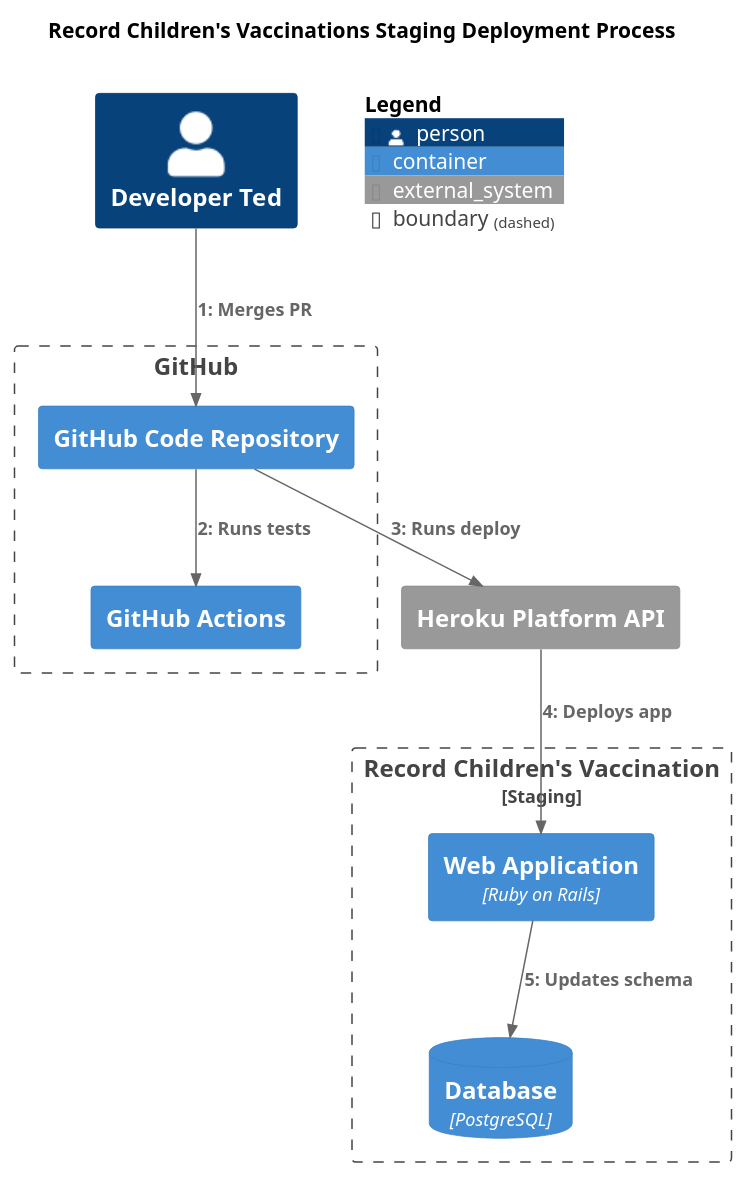
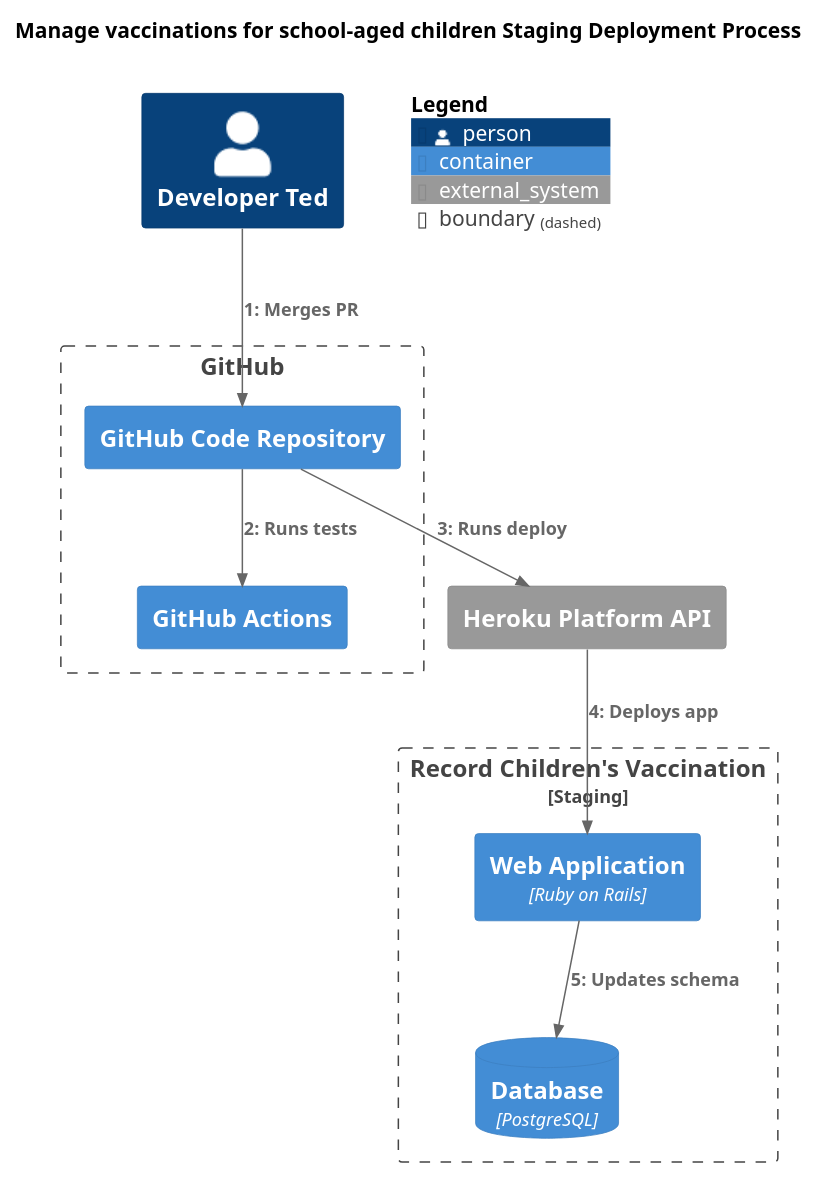
Before and after one commit to nhsuk/manage-vaccinations-in-schools: the diagram in docs/diagrams/staging-deployment-process.puml, drawn with PlantUML. The commit also changed 12 other files, not shown here.

Commit message:
Rename service to Manage vaccinations for school-aged children

```diff
--- a/docs/diagrams/staging-deployment-process.puml
+++ b/docs/diagrams/staging-deployment-process.puml
@@ -1,28 +1,28 @@
 @startuml
 
 !include <C4/C4_Dynamic.puml>
 
-title "Record Children's Vaccinations Staging Deployment Process"
+title "Manage vaccinations for school-aged children Staging Deployment Process"
 
 System_Ext(herokuAPI, "Heroku Platform API")
 Boundary(record, "Record Children's Vaccination", "Staging") {
   Container(serverStaging, "Web Application", "Ruby on Rails")
   ContainerDb(dbStaging, "Database", "PostgreSQL")
 }
 
 Person(devT, "Developer Ted")
 
 Boundary(github, "GitHub") {
     Container(repo, "GitHub Code Repository")
     Container(actions, "GitHub Actions")
 }
 
 Rel(devT, repo, "Merges PR")
 Rel(repo, actions, "Runs tests")
 Rel(repo, herokuAPI, "Runs deploy")
 Rel(herokuAPI, serverStaging, "Deploys app")
 Rel(serverStaging, dbStaging, "Updates schema")
 
 SHOW_FLOATING_LEGEND()
 
 @enduml
```
